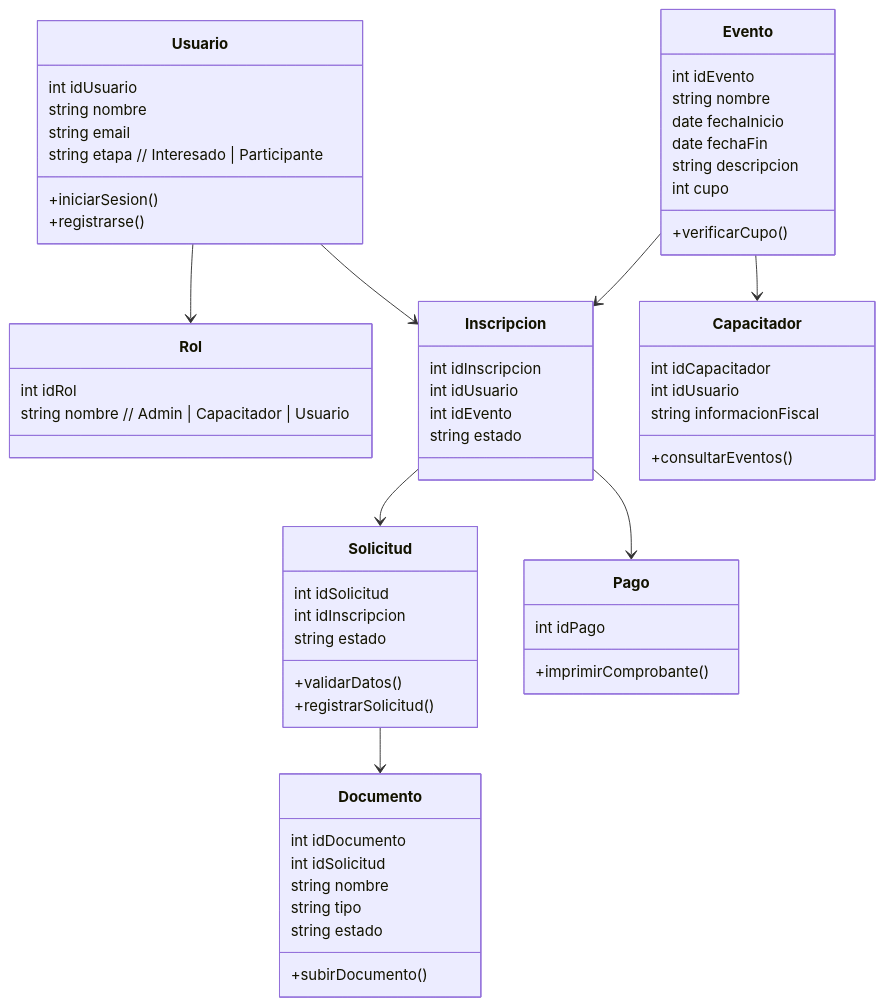
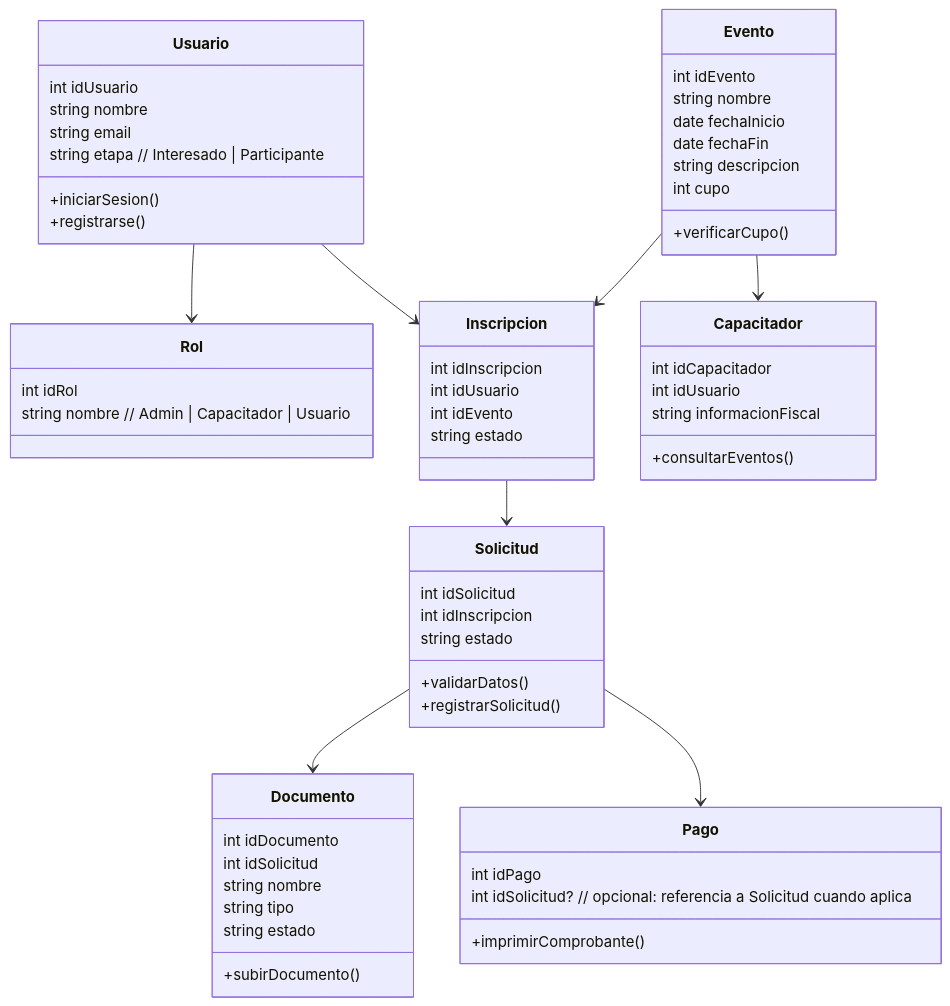
One commit to Killercrod/SoftwareDesign changed the diagram in Analisis/Diagramas/diagramaClases.md. Above: the diagram before and after it, drawn with Mermaid. The commit also changed 4 other files, not shown here.

Commit message:
Docs: clarify PAGO semantics — mark idSolicitud nullable and remove direct Pago relations; align class diagram

````diff
--- a/Analisis/Diagramas/diagramaClases.md
+++ b/Analisis/Diagramas/diagramaClases.md
@@ -1,73 +1,74 @@
 ```mermaid
 classDiagram
 
 class Usuario {
   int idUsuario
   string nombre
   string email
   string etapa   // Interesado | Participante
   +iniciarSesion()
   +registrarse()
 }
 
 class Rol {
   int idRol
   string nombre  // Admin | Capacitador | Usuario
 }
 
 class Evento {
   int idEvento
   string nombre
   date fechaInicio
   date fechaFin
   string descripcion
   int cupo
   +verificarCupo()
 }
 
 class Inscripcion {
   int idInscripcion
   int idUsuario
   int idEvento
   string estado
 }
 
 class Solicitud {
   int idSolicitud
   int idInscripcion
   string estado
   +validarDatos()
   +registrarSolicitud()
 }
 
 class Documento {
   int idDocumento
   int idSolicitud
   string nombre
   string tipo
   string estado
   +subirDocumento()
 }
 
 class Pago {
   int idPago
+  int idSolicitud?    // opcional: referencia a Solicitud cuando aplica
   +imprimirComprobante()
 }
 
 class Capacitador {
   int idCapacitador
   int idUsuario
   string informacionFiscal
   +consultarEventos()
 }
 
 Usuario --> Rol
 Usuario --> Inscripcion
 
 Evento --> Inscripcion
 Inscripcion --> Solicitud
 Solicitud --> Documento
-Inscripcion --> Pago
+Solicitud --> Pago
 
 Evento --> Capacitador
 ```
````
